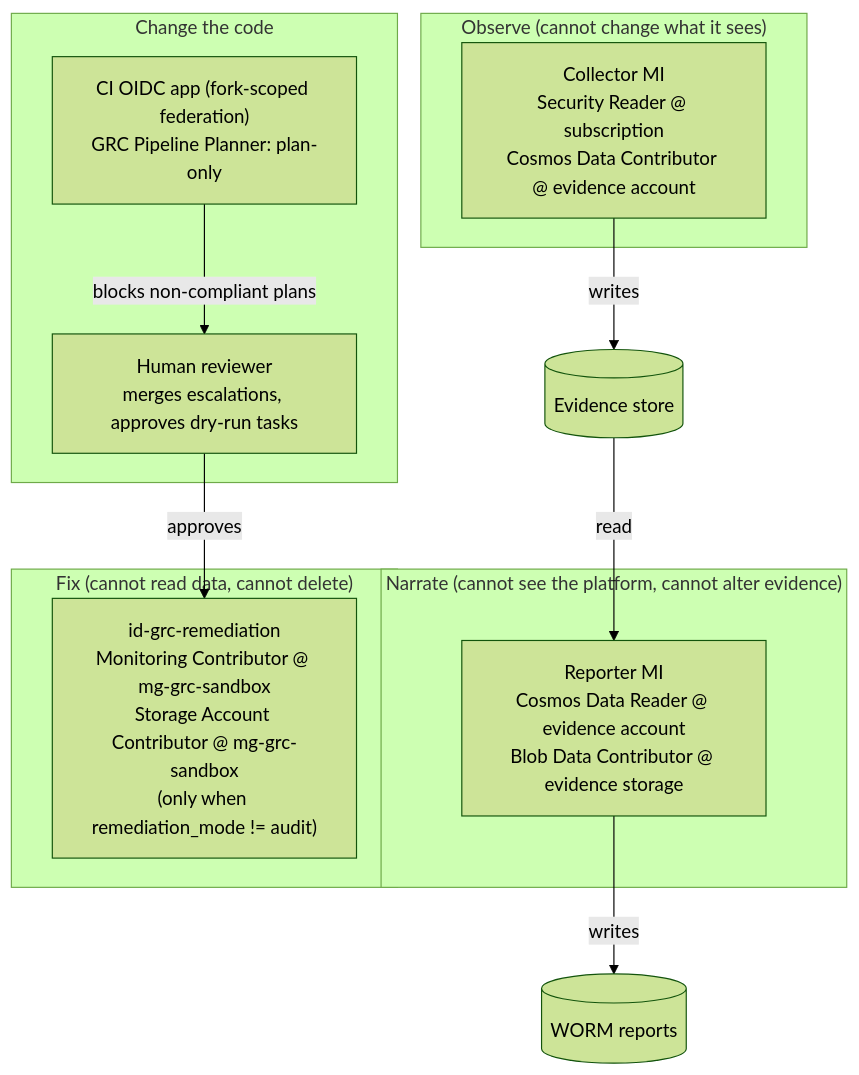
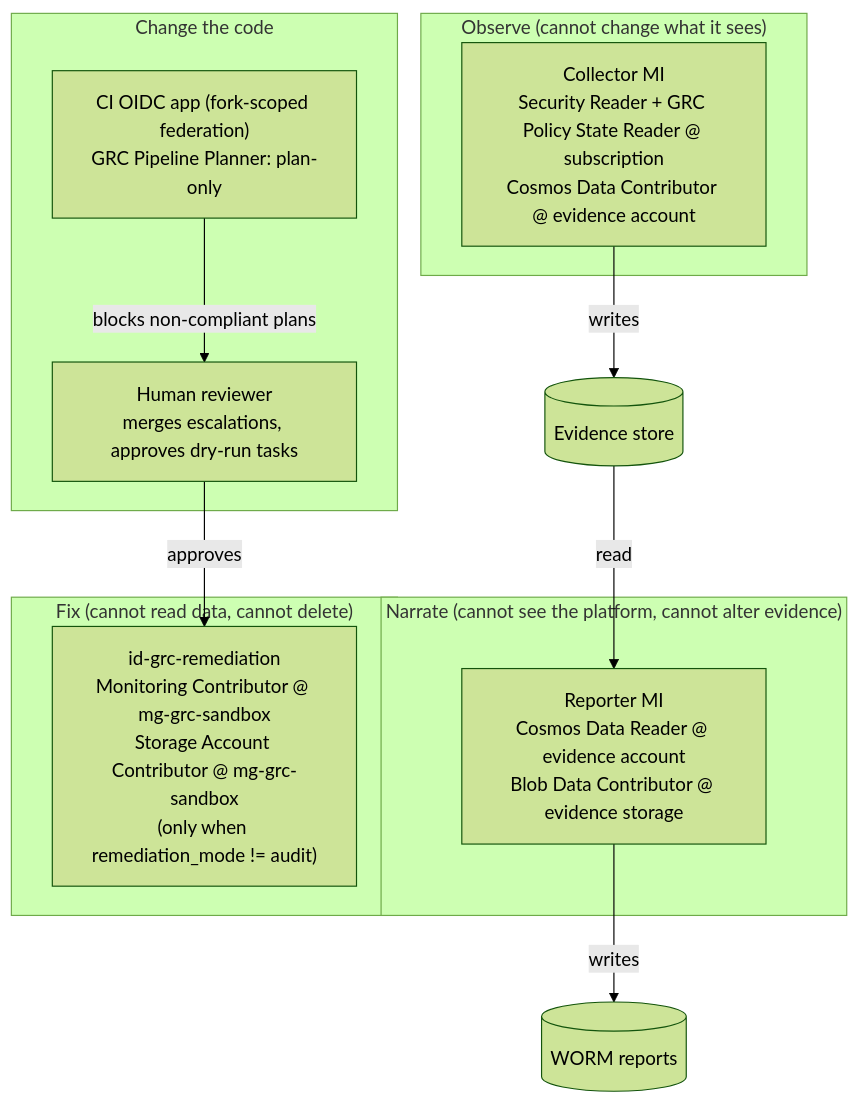
One commit to oindeed/cgeaz changed the second of 2 diagrams in docs/ARCHITECTURE.md. Above: the diagram before and after it, drawn with Mermaid (forest theme). The commit also changed other lines of this file and 12 other files, not shown here.

````diff
--- a/docs/ARCHITECTURE.md
+++ b/docs/ARCHITECTURE.md
@@ -60,22 +61,22 @@
 ```mermaid
 flowchart TB
     subgraph Observe["Observe (cannot change what it sees)"]
-        C["Collector MI<br/>Security Reader @ subscription<br/>Cosmos Data Contributor @ evidence account"]
+        C["Collector MI<br/>Security Reader + GRC Policy State Reader @ subscription<br/>Cosmos Data Contributor @ evidence account"]
     end
     subgraph Narrate["Narrate (cannot see the platform, cannot alter evidence)"]
         R["Reporter MI<br/>Cosmos Data Reader @ evidence account<br/>Blob Data Contributor @ evidence storage"]
     end
     subgraph Fix["Fix (cannot read data, cannot delete)"]
         X["id-grc-remediation<br/>Monitoring Contributor @ mg-grc-sandbox<br/>Storage Account Contributor @ mg-grc-sandbox<br/>(only when remediation_mode != audit)"]
     end
     subgraph Change["Change the code"]
         CI["CI OIDC app (fork-scoped federation)<br/>GRC Pipeline Planner: plan-only"]
         H["Human reviewer<br/>merges escalations, approves dry-run tasks"]
     end
 
     C -- writes --> E[("Evidence store")]
     E -- read --> R
     R -- writes --> W[("WORM reports")]
     H -- approves --> X
     CI -- "blocks non-compliant plans" --> H
 ```
````
